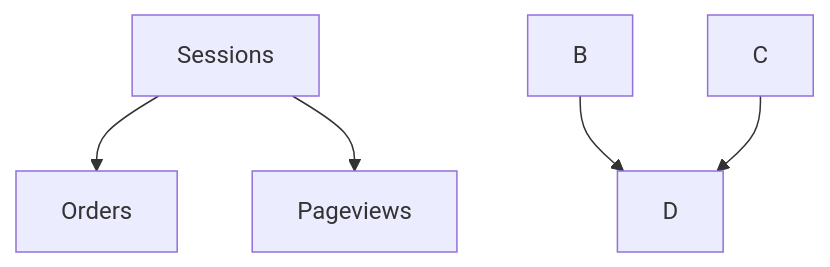
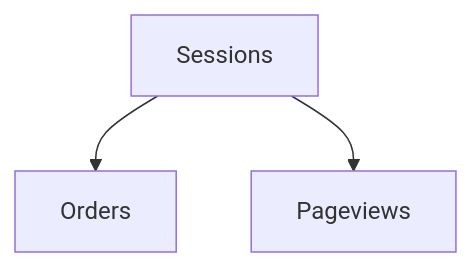
The diagram in README.md (walidmedani/SQL-Web_Analytics), drawn with Mermaid before and after one commit.

````diff
--- a/README.md
+++ b/README.md
@@ -14,7 +14,5 @@
 ```mermaid
 graph TD;
     Sessions-->Orders;
     Sessions-->Pageviews;
-    B-->D;
-    C-->D;
 ```
````
